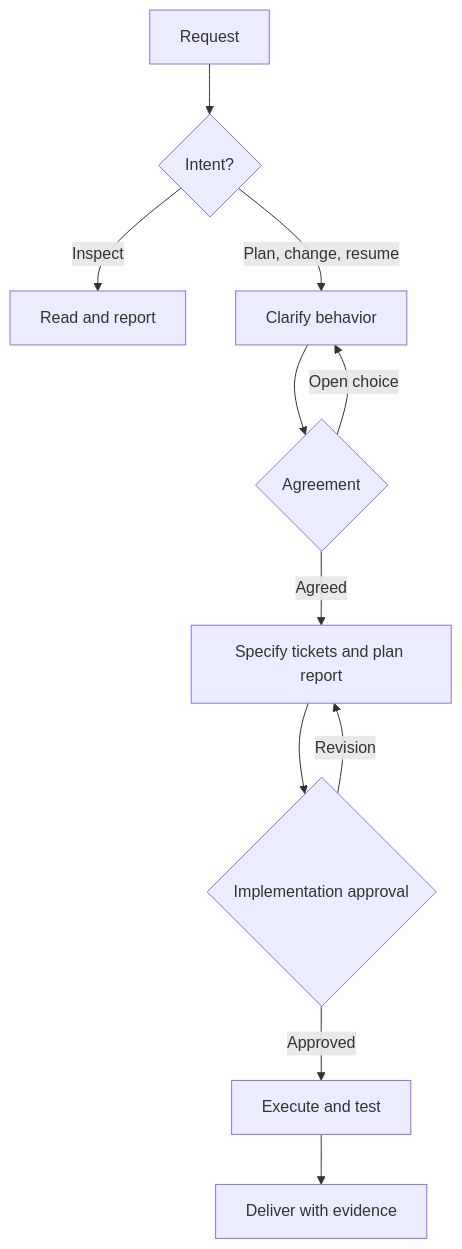
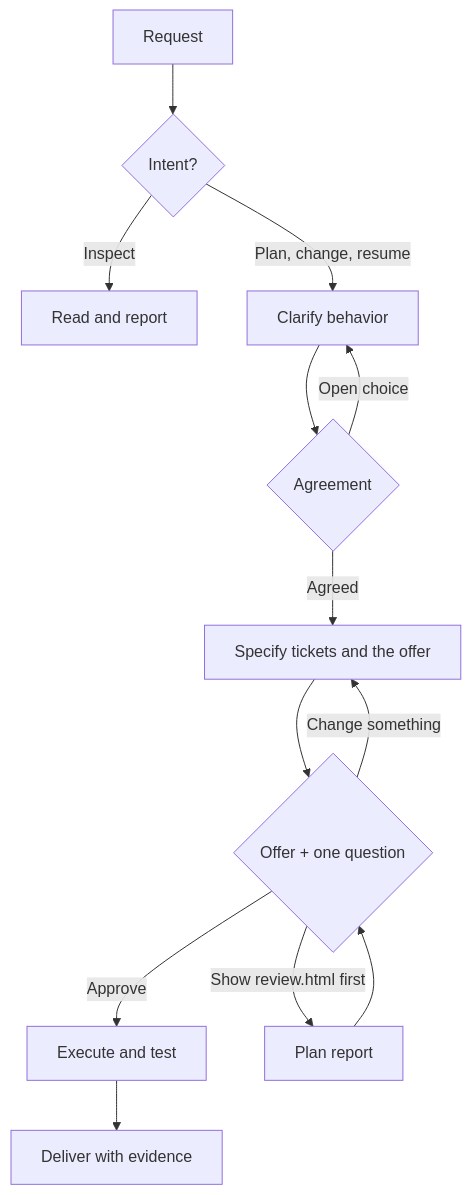
Before and after one commit to Gazohhh/workflow-axa: the diagram in docs/ARCHITECTURE.md, drawn with Mermaid. The commit also changed other lines of this file and 175 other files, not shown here.

````diff
--- a/docs/ARCHITECTURE.md
+++ b/docs/ARCHITECTURE.md
@@ -17,13 +17,15 @@
 ```mermaid
 flowchart TD
     U["Request"] --> R{"Intent?"}
     R -->|"Inspect"| I["Read and report"]
     R -->|"Plan, change, resume"| C["Clarify behavior"]
     C --> A{"Agreement"}
-    A -->|"Agreed"| S["Specify tickets and plan report"]
+    A -->|"Agreed"| S["Specify tickets and the offer"]
     A -->|"Open choice"| C
-    S --> P{"Implementation approval"}
-    P -->|"Approved"| X["Execute and test"]
-    P -->|"Revision"| S
+    S --> P{"Offer + one question"}
+    P -->|"Approve"| X["Execute and test"]
+    P -->|"Show review.html first"| H["Plan report"]
+    H --> P
+    P -->|"Change something"| S
     X --> D["Deliver with evidence"]
 ```
````
